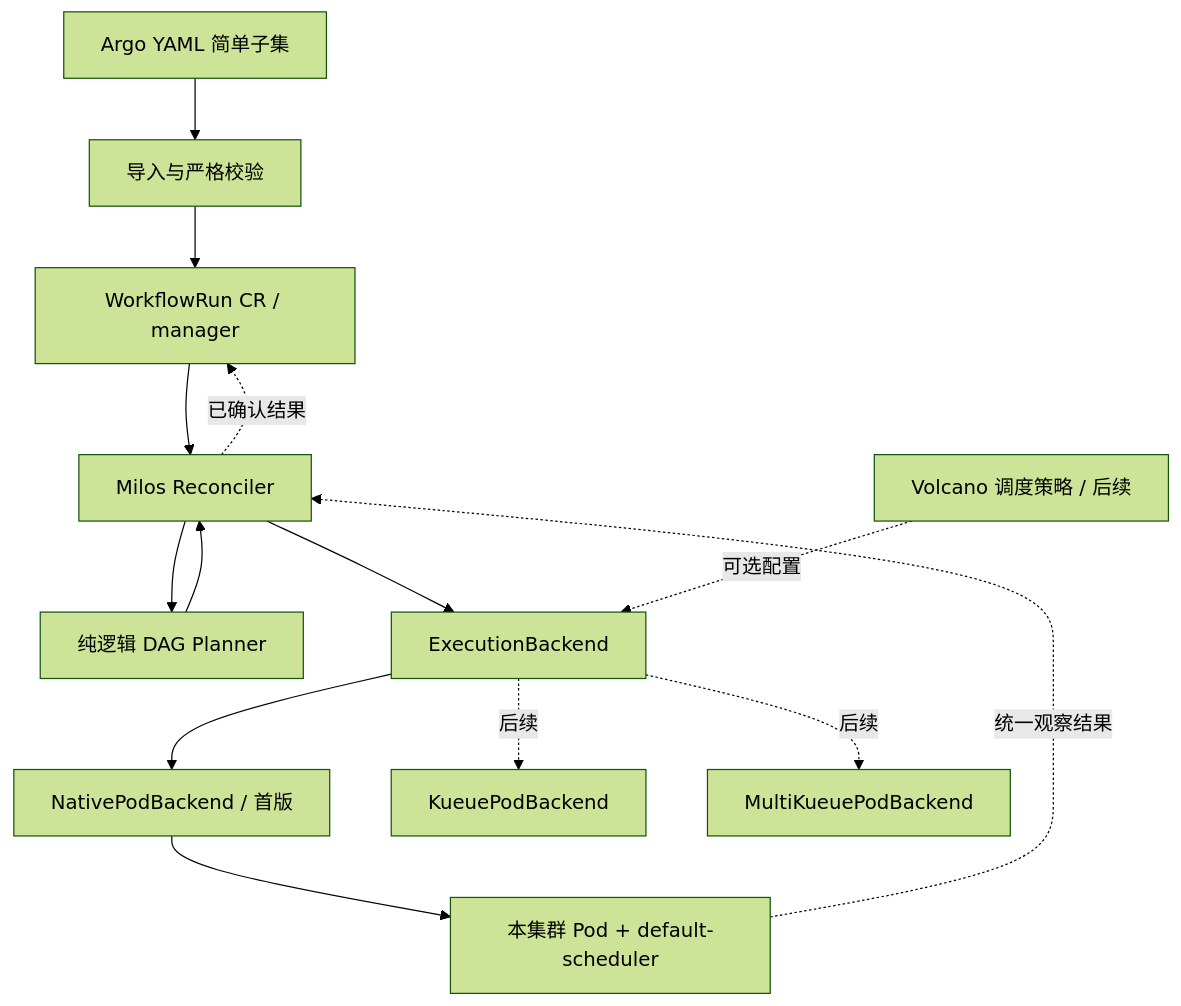
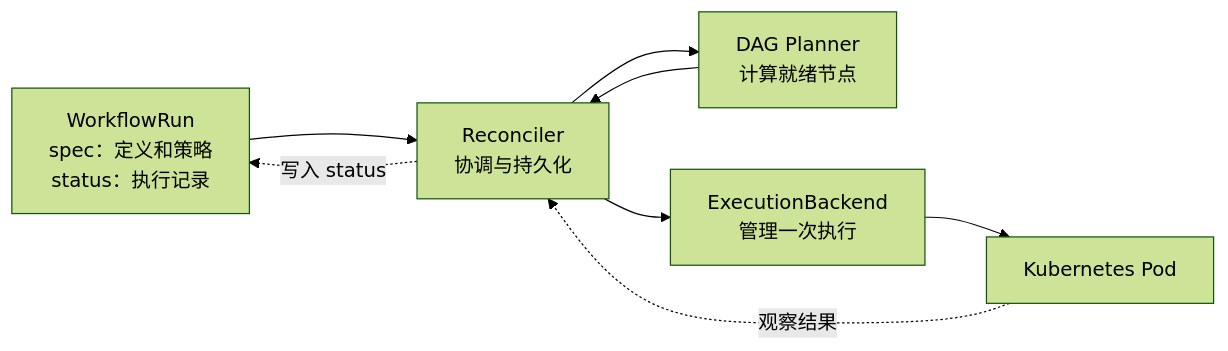
The diagram in README.zh-CN.md (wsq2333/milos), drawn with Mermaid (forest theme) before and after one commit. The commit also changed other lines of this file and 27 other files, not shown here.

Commit message:
feat: implement native Pod workflow execution core

````diff
--- a/README.zh-CN.md
+++ b/README.zh-CN.md
@@ -67,16 +67,16 @@
 ```mermaid
-flowchart TD
-    Y[Argo YAML 简单子集] --> I[导入与严格校验]
-    I --> W[WorkflowRun CR / manager]
-    W --> R[Milos Reconciler]
-    R --> P[纯逻辑 DAG Planner]
+flowchart LR
+    W["WorkflowRun<br/>spec：定义和策略<br/>status：执行记录"]
+    R["Reconciler<br/>协调与持久化"]
+    P["DAG Planner<br/>计算就绪节点"]
+    B["ExecutionBackend<br/>管理一次执行"]
+    K["Kubernetes Pod"]
+
+    W --> R
+    R --> P
     P --> R
-    R --> E[ExecutionBackend]
-    E --> N[NativePodBackend / 首版]
-    N --> LP[本集群 Pod + default-scheduler]
-    LP -. 统一观察结果 .-> R
-    E -. 后续 .-> K[KueuePodBackend]
-    E -. 后续 .-> M[MultiKueuePodBackend]
-    V[Volcano 调度策略 / 后续] -. 可选配置 .-> E
-    R -. 已确认结果 .-> W
+    R --> B
+    B --> K
+    K -.观察结果.-> R
+    R -.写入 status.-> W
 ```
````
